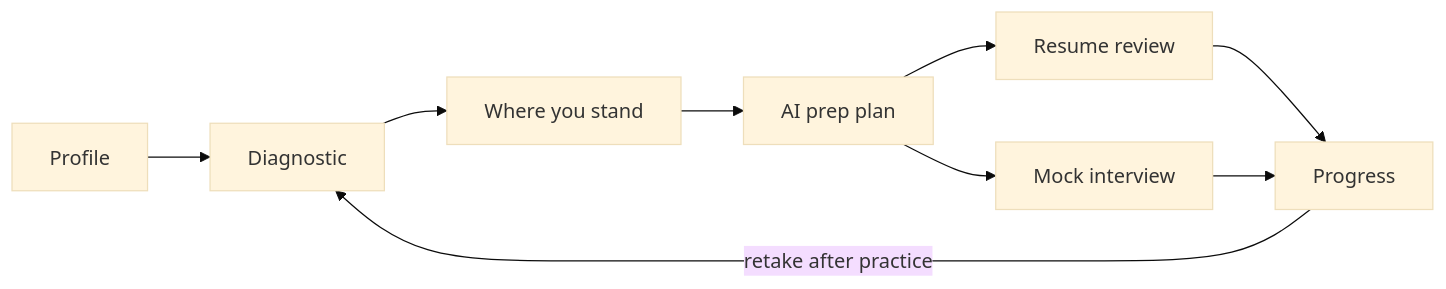
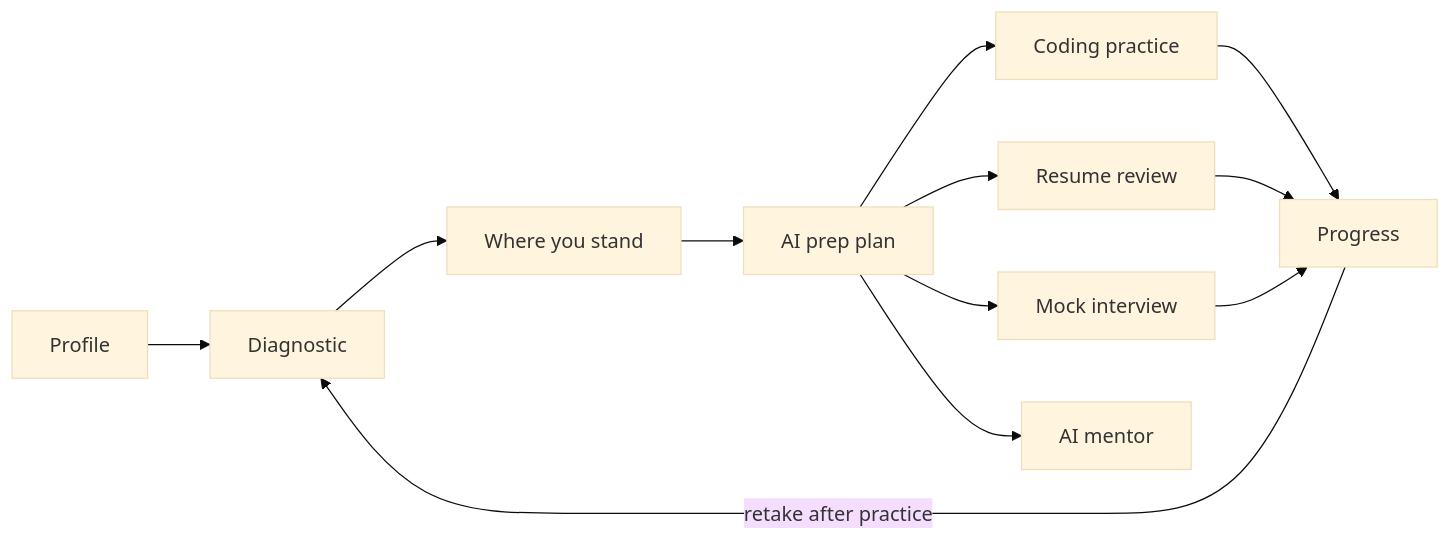
Before and after one commit to bharathykannan6/GDG_Placement-navigator: the first of 2 diagrams in README.md, drawn with Mermaid (base theme). The commit also changed other lines of this file and 1 other file, not shown here.

````diff
--- a/README.md
+++ b/README.md
@@ -22,11 +27,14 @@
 ```mermaid
 flowchart LR
   A[Profile] --> B[Diagnostic]
   B --> C[Where you stand]
   C --> D[AI prep plan]
-  D --> E[Resume review]
-  D --> F[Mock interview]
-  E --> G[Progress]
-  F --> G
-  G -->|retake after practice| B
+  D --> E[Coding practice]
+  D --> F[Resume review]
+  D --> G[Mock interview]
+  D --> M[AI mentor]
+  E --> P[Progress]
+  F --> P
+  G --> P
+  P -->|retake after practice| B
 ```
````
